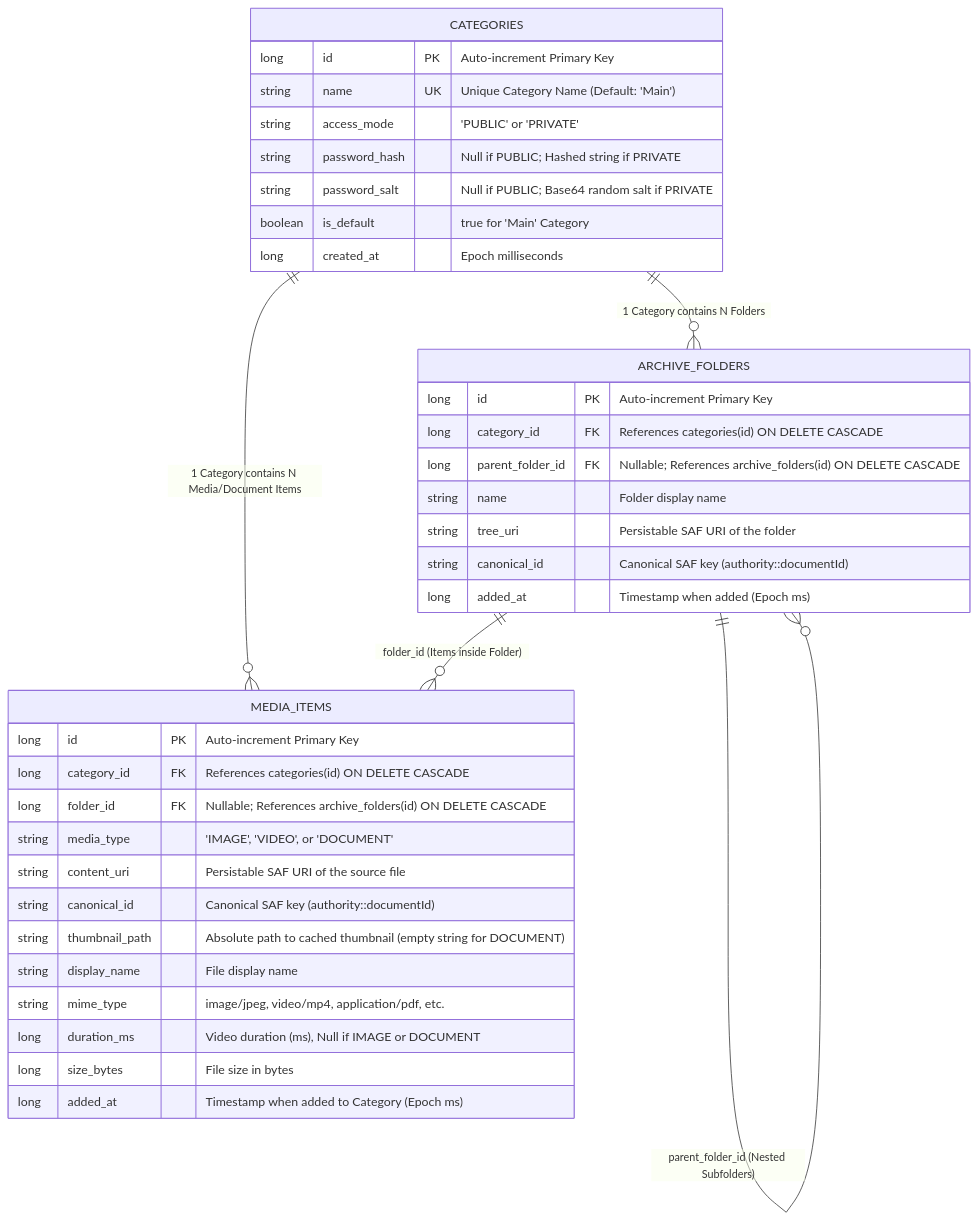
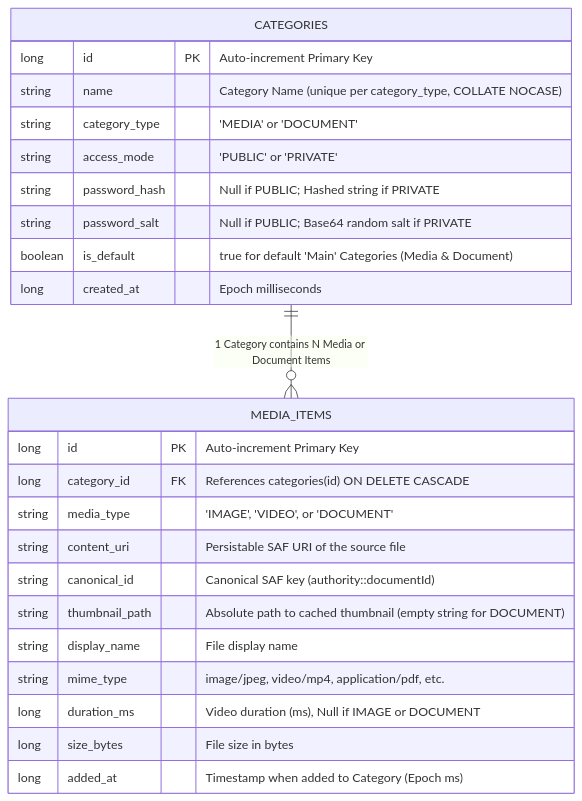
Before and after one commit to kitoku95/media-archive: the diagram in docs/architecture/02-database-schema.md, drawn with Mermaid. The commit also changed other lines of this file and 42 other files, not shown here.

First line of the commit message:
refactor(category): separate Media and Document categories and reset DB to v1

````diff
--- a/docs/architecture/02-database-schema.md
+++ b/docs/architecture/02-database-schema.md
@@ -9,40 +9,28 @@
 ```mermaid
 erDiagram
-    CATEGORIES ||--o{ ARCHIVE_FOLDERS : "1 Category contains N Folders"
-    CATEGORIES ||--o{ MEDIA_ITEMS : "1 Category contains N Media/Document Items"
-    ARCHIVE_FOLDERS ||--o{ ARCHIVE_FOLDERS : "parent_folder_id (Nested Subfolders)"
-    ARCHIVE_FOLDERS ||--o{ MEDIA_ITEMS : "folder_id (Items inside Folder)"
+    CATEGORIES ||--o{ MEDIA_ITEMS : "1 Category contains N Media or Document Items"
 
     CATEGORIES {
         long id PK "Auto-increment Primary Key"
-        string name UK "Unique Category Name (Default: 'Main')"
+        string name "Category Name (unique per category_type, COLLATE NOCASE)"
+        string category_type "'MEDIA' or 'DOCUMENT'"
         string access_mode "'PUBLIC' or 'PRIVATE'"
         string password_hash "Null if PUBLIC; Hashed string if PRIVATE"
         string password_salt "Null if PUBLIC; Base64 random salt if PRIVATE"
-        boolean is_default "true for 'Main' Category"
+        boolean is_default "true for default 'Main' Categories (Media & Document)"
         long created_at "Epoch milliseconds"
-    }
-    ARCHIVE_FOLDERS {
-        long id PK "Auto-increment Primary Key"
-        long category_id FK "References categories(id) ON DELETE CASCADE"
-        long parent_folder_id FK "Nullable; References archive_folders(id) ON DELETE CASCADE"
-        string name "Folder display name"
-        string tree_uri "Persistable SAF URI of the folder"
-        string canonical_id "Canonical SAF key (authority::documentId)"
-        long added_at "Timestamp when added (Epoch ms)"
     }
     MEDIA_ITEMS {
         long id PK "Auto-increment Primary Key"
         long category_id FK "References categories(id) ON DELETE CASCADE"
-        long folder_id FK "Nullable; References archive_folders(id) ON DELETE CASCADE"
         string media_type "'IMAGE', 'VIDEO', or 'DOCUMENT'"
         string content_uri "Persistable SAF URI of the source file"
         string canonical_id "Canonical SAF key (authority::documentId)"
         string thumbnail_path "Absolute path to cached thumbnail (empty string for DOCUMENT)"
         string display_name "File display name"
         string mime_type "image/jpeg, video/mp4, application/pdf, etc."
         long duration_ms "Video duration (ms), Null if IMAGE or DOCUMENT"
         long size_bytes "File size in bytes"
         long added_at "Timestamp when added to Category (Epoch ms)"
     }
 ```
````
